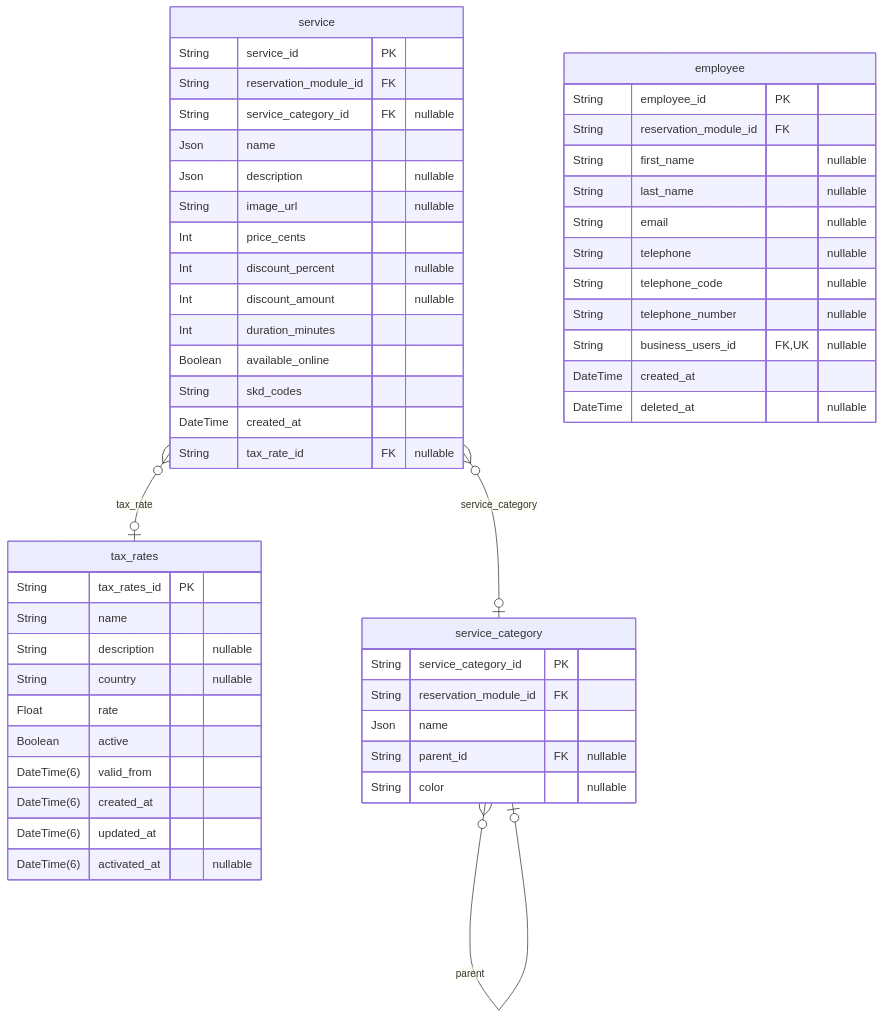
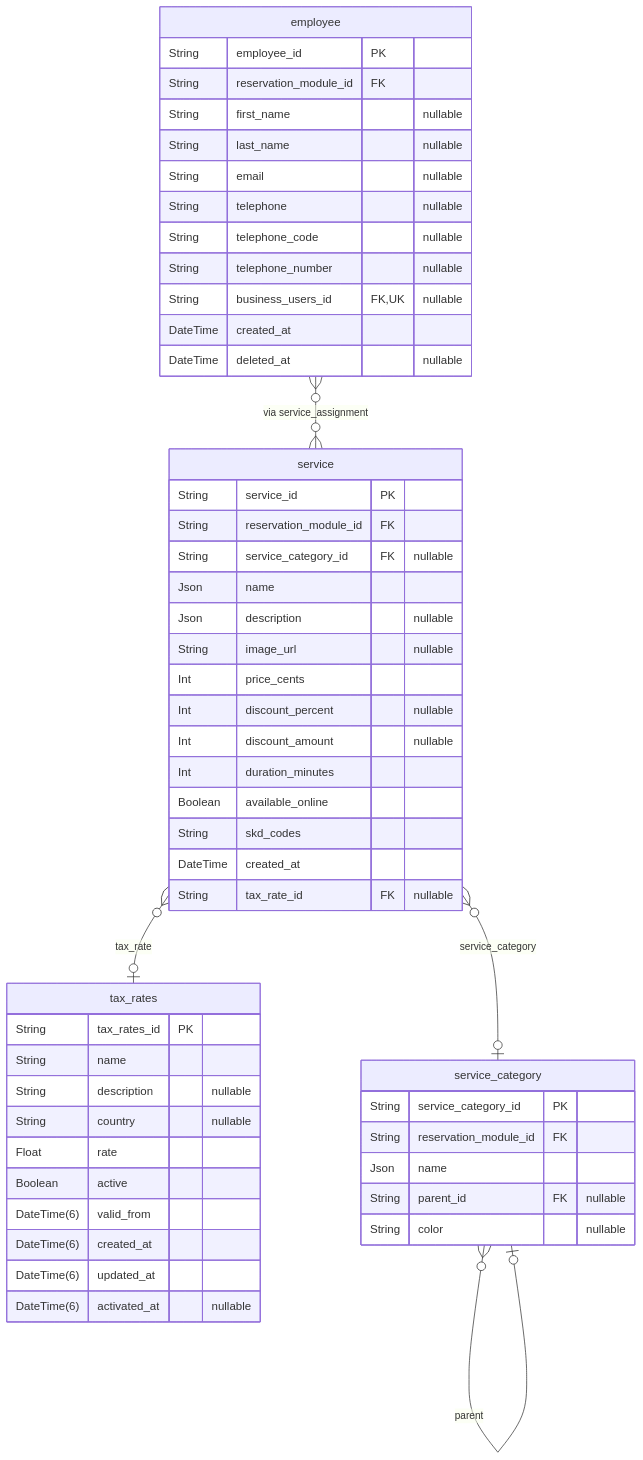
Before and after one commit to pbozic/be-analyisis: diagram 34 of 37 in prisma/schemas/ERD.md, drawn with Mermaid. The commit also changed other lines of this file and 6 other files, not shown here.

Commit message:
feature: update to ERD generation with post-processing function

````diff
--- a/prisma/schemas/ERD.md
+++ b/prisma/schemas/ERD.md
@@ -8537,54 +8957,56 @@
 ```mermaid
 erDiagram
 "tax_rates" {
   String tax_rates_id PK
   String name
   String description "nullable"
   String country "nullable"
   Float rate
   Boolean active
   DateTime(6) valid_from
   DateTime(6) created_at
   DateTime(6) updated_at
   DateTime(6) activated_at "nullable"
 }
 "service_category" {
   String service_category_id PK
   String reservation_module_id FK
   Json name
   String parent_id FK "nullable"
   String color "nullable"
 }
 "service" {
   String service_id PK
   String reservation_module_id FK
   String service_category_id FK "nullable"
   Json name
   Json description "nullable"
   String image_url "nullable"
   Int price_cents
   Int discount_percent "nullable"
   Int discount_amount "nullable"
   Int duration_minutes
   Boolean available_online
   String skd_codes
   DateTime created_at
   String tax_rate_id FK "nullable"
 }
 "employee" {
   String employee_id PK
   String reservation_module_id FK
   String first_name "nullable"
   String last_name "nullable"
   String email "nullable"
   String telephone "nullable"
   String telephone_code "nullable"
   String telephone_number "nullable"
   String business_users_id FK,UK "nullable"
   DateTime created_at
   DateTime deleted_at "nullable"
 }
 "service_category" }o--o| "service_category" : parent
 "service" }o--o| "service_category" : service_category
 "service" }o--o| "tax_rates" : tax_rate
+
+"employee" }o--o{ "service" : "via service_assignment"
 ```
````
